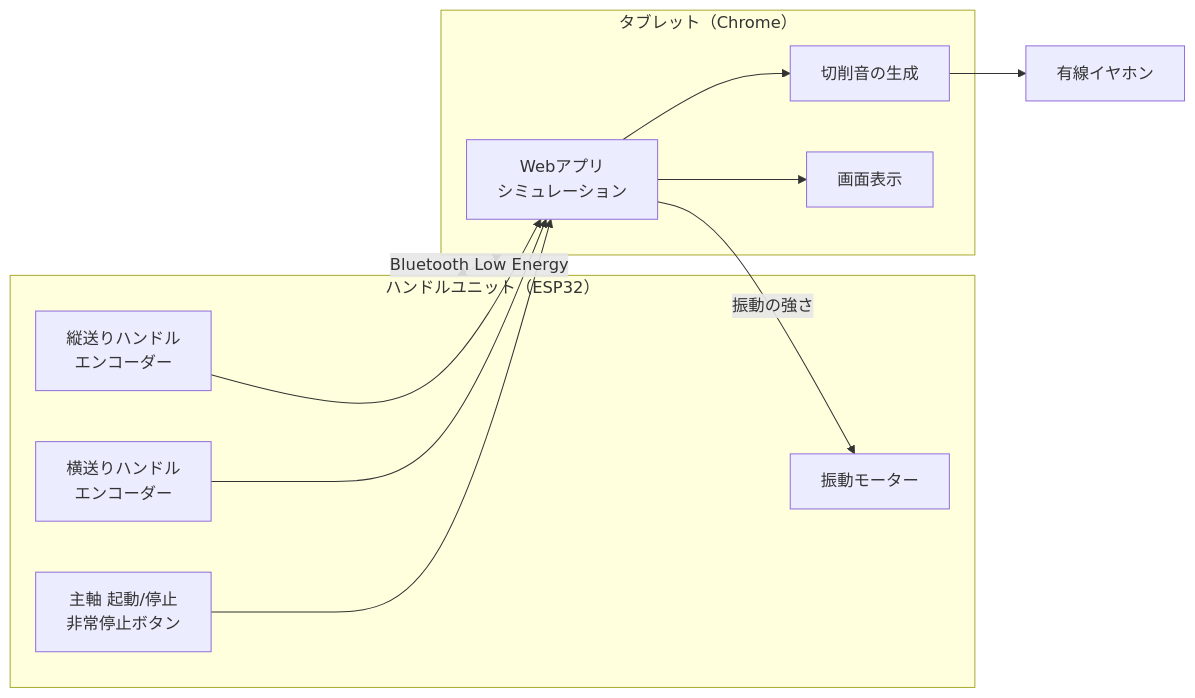
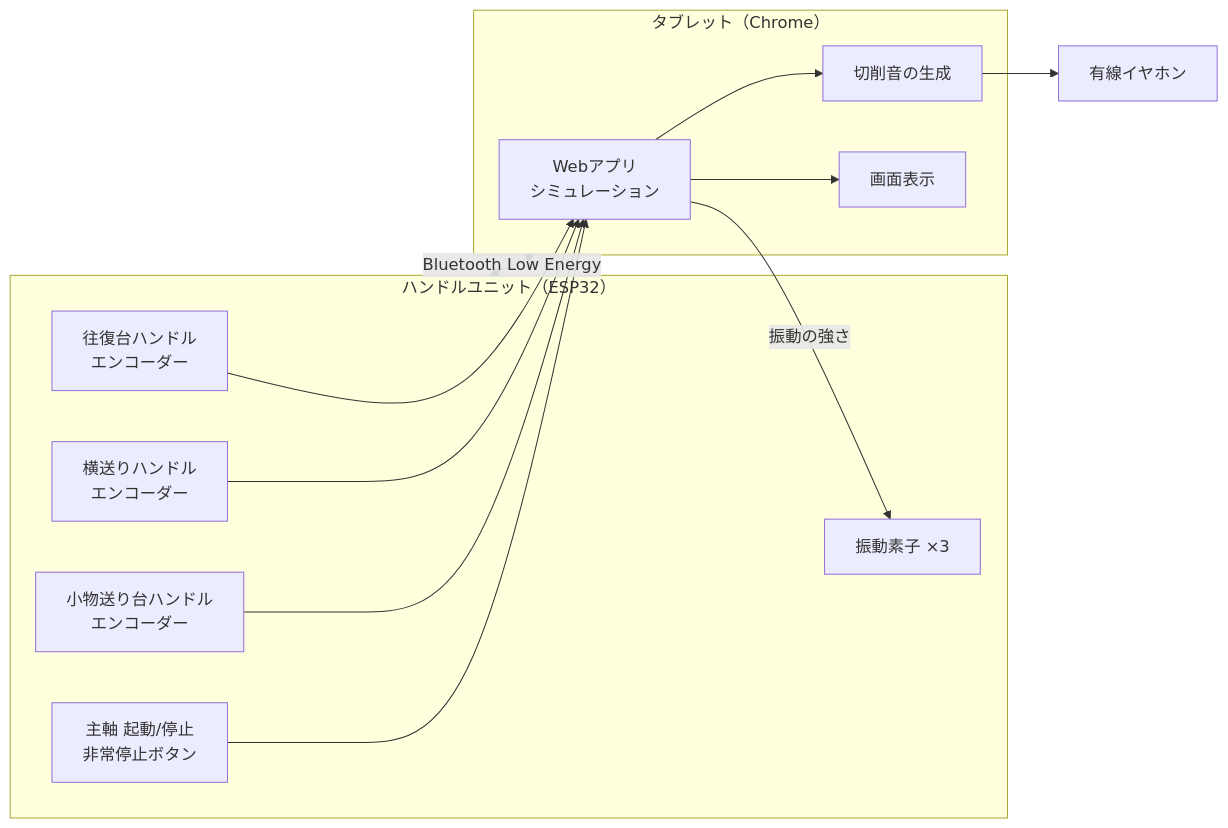
Before and after one commit to daisinyasukuni-design/-: the first of 2 diagrams in docs/virtual-lathe/design.md, drawn with Mermaid. The commit also changed other lines of this file, not shown here.

````diff
--- a/docs/virtual-lathe/design.md
+++ b/docs/virtual-lathe/design.md
@@ -42,23 +43,25 @@
 ```mermaid
 flowchart LR
     subgraph H[ハンドルユニット（ESP32）]
-        E1[縦送りハンドル<br>エンコーダー]
+        E1[往復台ハンドル<br>エンコーダー]
         E2[横送りハンドル<br>エンコーダー]
+        E3[小物送り台ハンドル<br>エンコーダー]
         SW[主軸 起動/停止<br>非常停止ボタン]
-        M[振動モーター]
+        M[振動素子 ×3]
     end
     subgraph T[タブレット（Chrome）]
         APP[Webアプリ<br>シミュレーション]
         SCR[画面表示]
         AUD[切削音の生成]
     end
     EAR[有線イヤホン]
 
     E1 --> APP
     E2 --> APP
+    E3 --> APP
     SW --> APP
     APP -- 振動の強さ --> M
     APP --> SCR
     APP --> AUD --> EAR
     H <-. Bluetooth Low Energy .-> T
 ```
````
